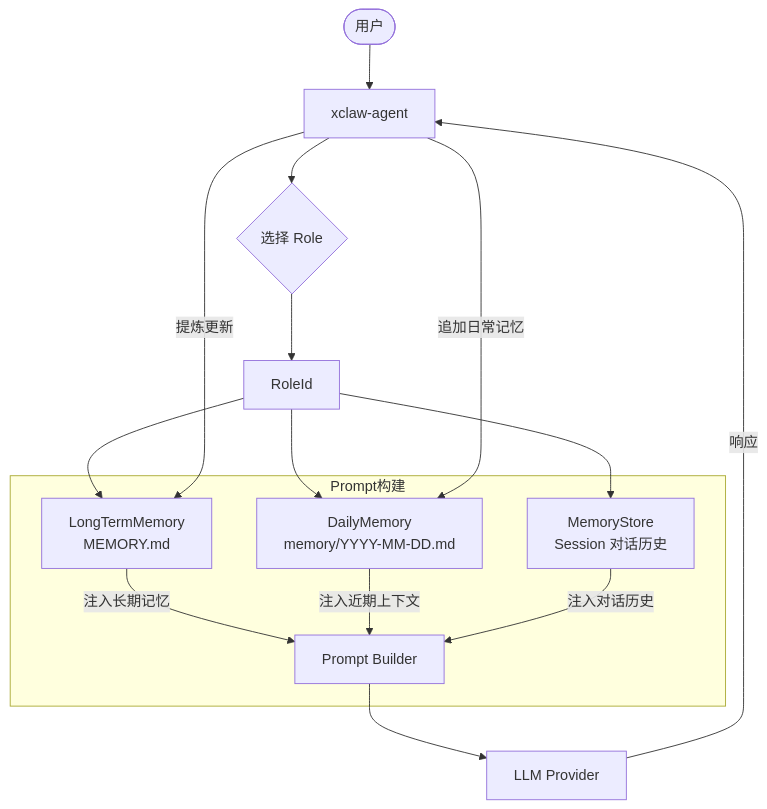
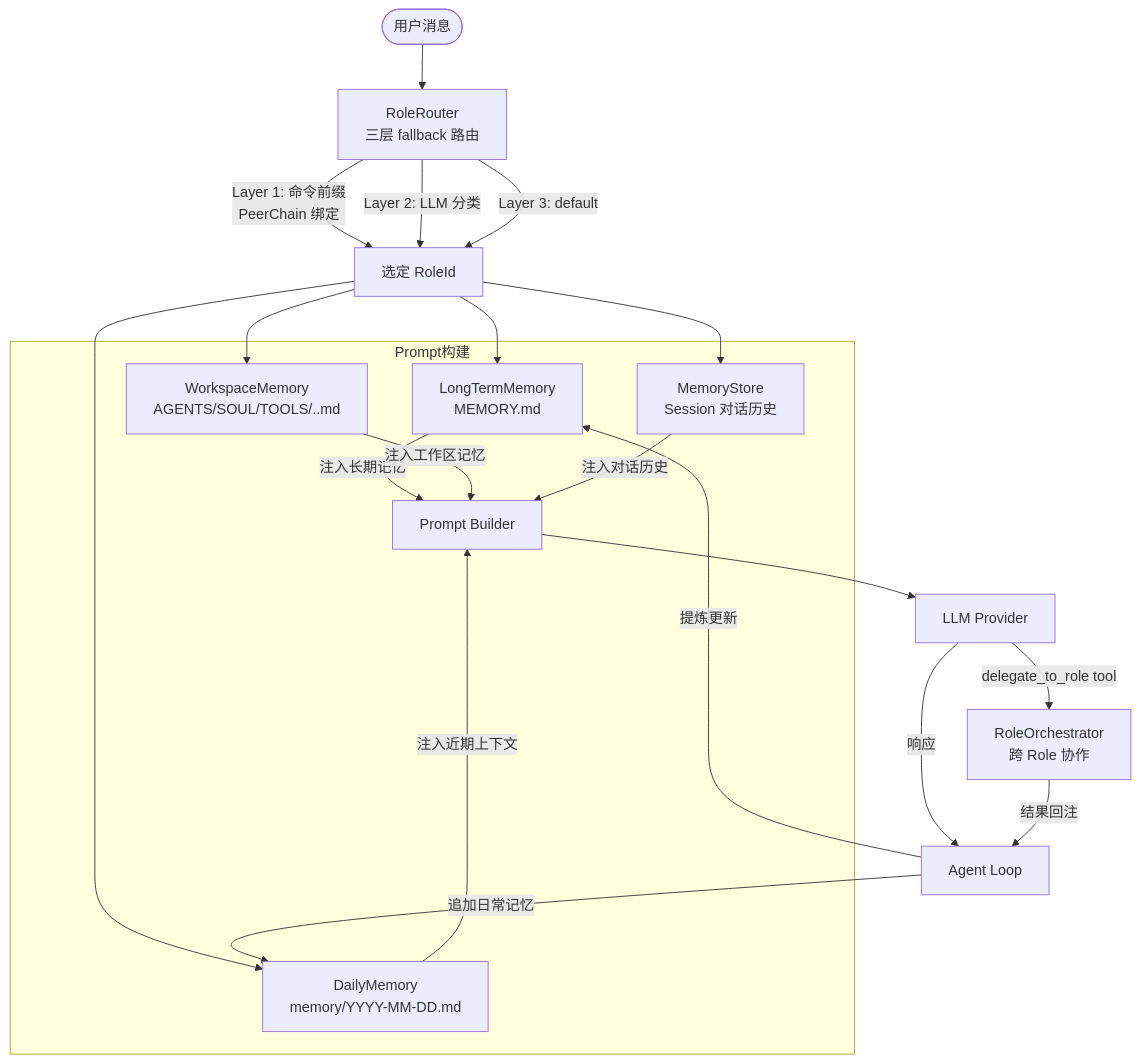
Before and after one commit to zhou533/xClaw: the fourth of 8 diagrams in docs/architecture/ARCHITECTURE.md, drawn with Mermaid. The commit also changed other lines of this file and 3 other files, not shown here.

First line of the commit message:
docs: consolidate xclaw-role into xclaw-memory and xclaw-agent

````diff
--- a/docs/architecture/ARCHITECTURE.md
+++ b/docs/architecture/ARCHITECTURE.md
@@ -494,21 +659,28 @@
 ```mermaid
 flowchart TD
-    User([用户]) --> Agent[xclaw-agent]
-    Agent --> RS{选择 Role}
-    RS --> Role[RoleId]
+    User([用户消息]) --> Router["RoleRouter\n三层 fallback 路由"]
+
+    Router --> |"Layer 1: 命令前缀\nPeerChain 绑定"| Role[选定 RoleId]
+    Router --> |"Layer 2: LLM 分类"| Role
+    Router --> |"Layer 3: default"| Role
 
     Role --> LTM["LongTermMemory\nMEMORY.md"]
     Role --> DM["DailyMemory\nmemory/YYYY-MM-DD.md"]
+    Role --> WS["WorkspaceMemory\nAGENTS/SOUL/TOOLS/..md"]
     Role --> MS["MemoryStore\nSession 对话历史"]
 
     subgraph Prompt构建
         LTM --> |注入长期记忆| PB[Prompt Builder]
         DM --> |注入近期上下文| PB
+        WS --> |注入工作区记忆| PB
         MS --> |注入对话历史| PB
     end
 
     PB --> LLM[LLM Provider]
-    LLM --> |响应| Agent
+    LLM --> |响应| Agent[Agent Loop]
     Agent --> |追加日常记忆| DM
     Agent --> |提炼更新| LTM
+
+    LLM --> |"delegate_to_role tool"| Orch["RoleOrchestrator\n跨 Role 协作"]
+    Orch --> |结果回注| Agent
 ```
````
